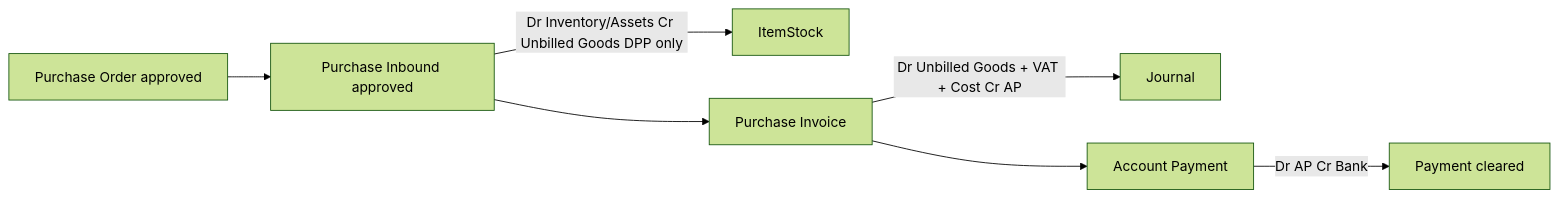
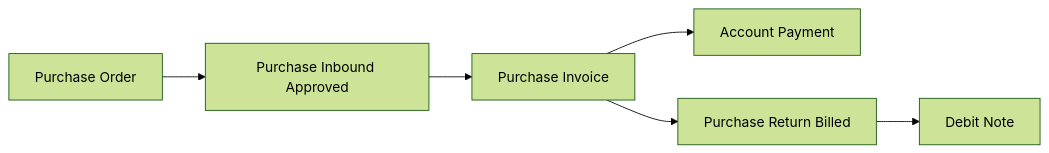
Before and after one commit to yendyr/olshoperp-docs: the first of 3 diagrams in qa-docs/accounting-supplier-invoice/requirement.md, drawn with Mermaid (forest theme). The commit also changed other lines of this file and 33 other files, not shown here.

````diff
--- a/qa-docs/accounting-supplier-invoice/requirement.md
+++ b/qa-docs/accounting-supplier-invoice/requirement.md
@@ -57,9 +47,8 @@
 ```mermaid
 flowchart LR
-    PO[Purchase Order approved] --> GRN[Purchase Inbound approved]
-    GRN -->|"Dr Inventory/Assets Cr Unbilled Goods DPP only"| STK[ItemStock]
-    GRN --> PI[Purchase Invoice]
-    PI -->|"Dr Unbilled Goods + VAT + Cost Cr AP"| JRNL[Journal]
+    PO[Purchase Order] --> INB[Purchase Inbound Approved]
+    INB --> PI[Purchase Invoice]
     PI --> PAY[Account Payment]
-    PAY -->|"Dr AP Cr Bank"| CLR[Payment cleared]
+    PI --> RET[Purchase Return Billed]
+    RET --> DN[Debit Note]
 ```
````
